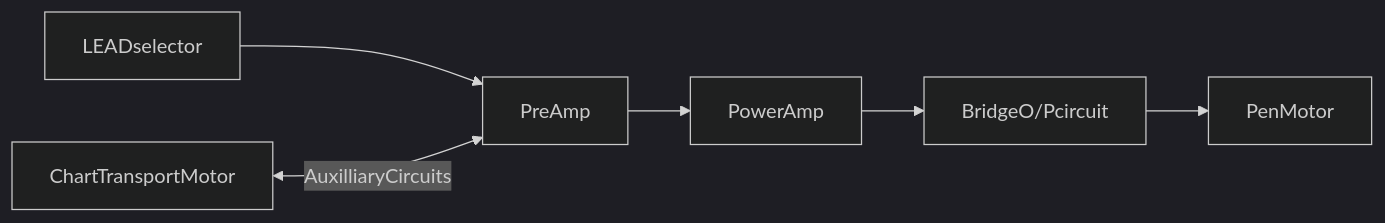
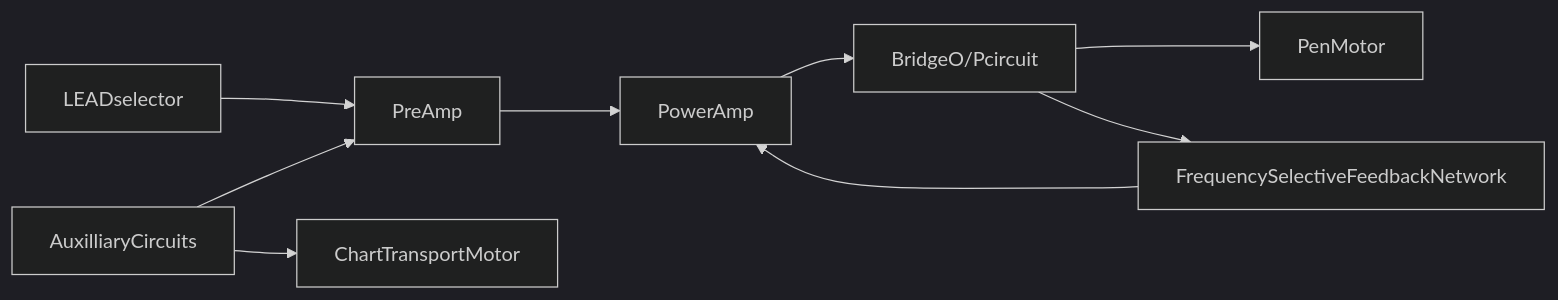
One commit to JJsdxd/obsidian changed the diagram in BioMed/Module 2.md. Above: the diagram before and after it, drawn with Mermaid (dark theme). The commit also changed other lines of this file, not shown here.

````diff
--- a/BioMed/Module 2.md
+++ b/BioMed/Module 2.md
@@ -8,5 +16,7 @@
 	```mermaid
 	flowchart LR
 	LEADselector --> PreAmp --> PowerAmp --> BridgeO/Pcircuit --> PenMotor
-	ChartTransportMotor <-- AuxilliaryCircuits --> PreAmp
+	AuxilliaryCircuits --> ChartTransportMotor
+	AuxilliaryCircuits --> PreAmp
+	BridgeO/Pcircuit --> FrequencySelectiveFeedbackNetwork --> PowerAmp
 	```
````
